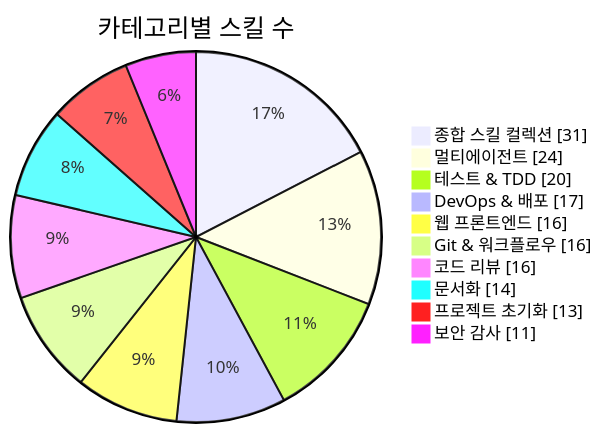
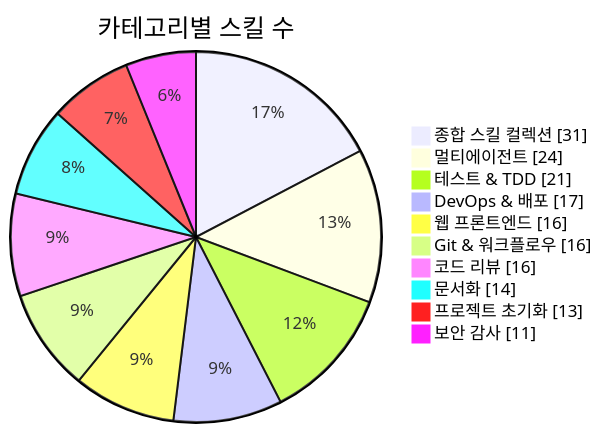
One commit to J-nowcow/awesome-korean-agent-skills changed the first of 3 diagrams in README.md. Above: the diagram before and after it, drawn with Mermaid. The commit also changed other lines of this file and 4 other files, not shown here.

````diff
--- a/README.md
+++ b/README.md
@@ -176,14 +176,14 @@
 ```mermaid
 pie showData
     title 카테고리별 스킬 수
     "종합 스킬 컬렉션" : 31
     "멀티에이전트" : 24
-    "테스트 & TDD" : 20
+    "테스트 & TDD" : 21
     "DevOps & 배포" : 17
     "웹 프론트엔드" : 16
     "Git & 워크플로우" : 16
     "코드 리뷰" : 16
     "문서화" : 14
     "프로젝트 초기화" : 13
     "보안 감사" : 11
 ```
````
